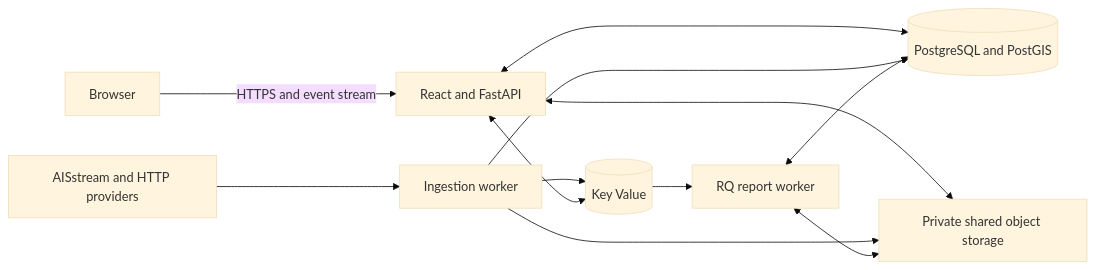
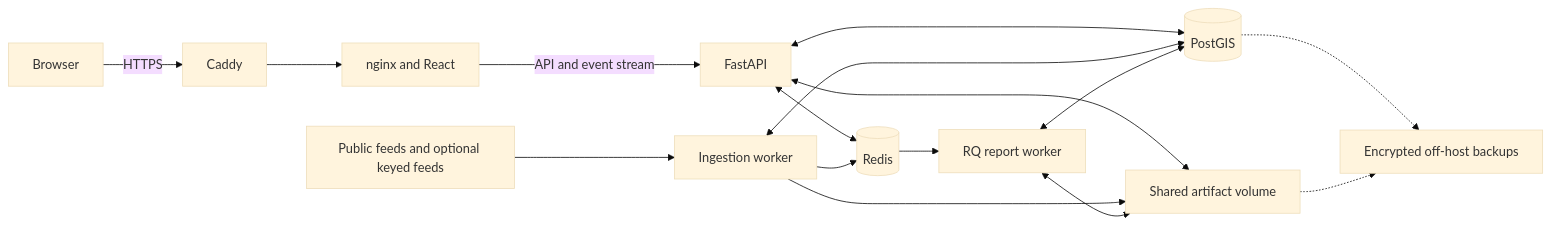
One commit to gverma0007/skynexus changed the diagram in docs/HOSTING.md. Above: the diagram before and after it, drawn with Mermaid (base theme). The commit also changed other lines of this file, not shown here.

````diff
--- a/docs/HOSTING.md
+++ b/docs/HOSTING.md
@@ -23,14 +24,18 @@
 ```mermaid
 flowchart LR
-    Browser -->|HTTPS and event stream| Web[React and FastAPI]
-    AIS[AISstream and HTTP providers] --> Ingest[Ingestion worker]
-    Web <--> DB[(PostgreSQL and PostGIS)]
-    Ingest --> DB
-    Ingest --> Redis[(Key Value)]
-    Web <--> Redis
+    Browser -->|HTTPS| Gateway[Caddy]
+    Gateway --> UI[nginx and React]
+    UI -->|API and event stream| Web[FastAPI]
+    Providers[Public feeds and optional keyed feeds] --> Ingest[Ingestion worker]
+    Web <--> DB[(PostGIS)]
+    Ingest <--> DB
+    Web <--> Redis[(Redis)]
+    Ingest --> Redis
     Redis --> Jobs[RQ report worker]
     Jobs <--> DB
-    Web <--> R2[Private shared object storage]
-    Ingest --> R2
-    Jobs <--> R2
+    Web <--> Files[Shared artifact volume]
+    Ingest --> Files
+    Jobs <--> Files
+    DB -.-> Backup[Encrypted off-host backups]
+    Files -.-> Backup
 ```
````
